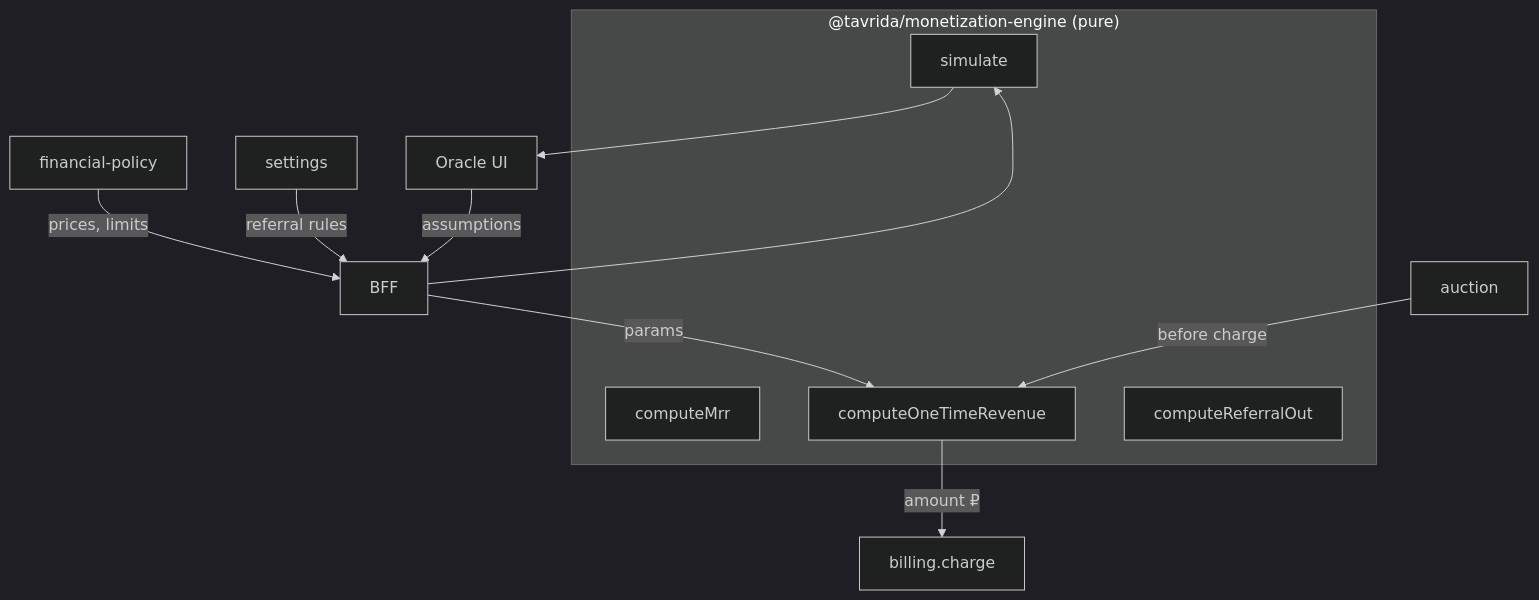
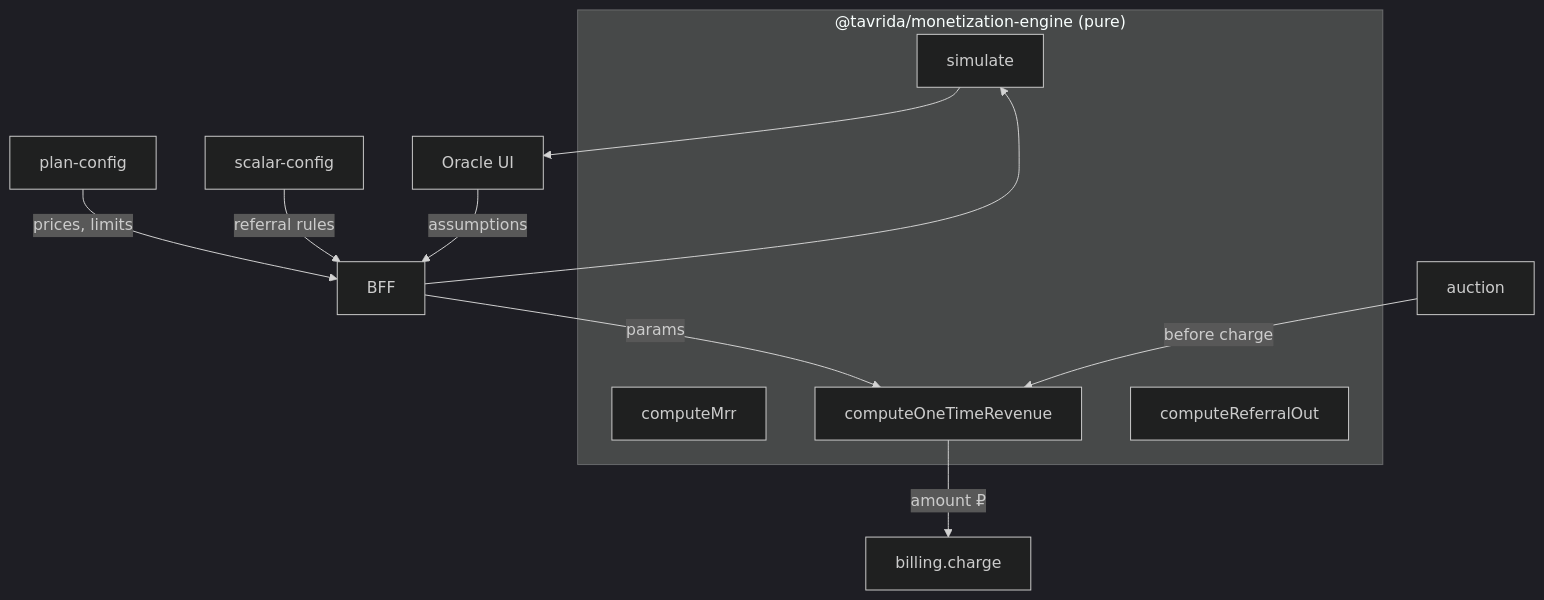
The diagram in docs/03-architecture/adr/015-monetization-engine.md (andrewb76/tavrida), drawn with Mermaid (dark theme) before and after one commit. The commit also changed other lines of this file and 86 other files, not shown here.

First line of the commit message:
docs(config): align on plan-config/scalar-config and semantic plan keys.

````diff
--- a/docs/03-architecture/adr/015-monetization-engine.md
+++ b/docs/03-architecture/adr/015-monetization-engine.md
@@ -41,18 +41,18 @@
 ```mermaid
 flowchart TB
   subgraph engine["@tavrida/monetization-engine (pure)"]
     F1[computeMrr]
     F2[computeOneTimeRevenue]
     F3[computeReferralOut]
     F4[simulate]
   end
 
-  FP[financial-policy] -->|prices, limits| BFF
-  Settings[settings] -->|referral rules| BFF
+  PC[plan-config] -->|prices, limits| BFF
+  SC[scalar-config] -->|referral rules| BFF
   BFF -->|params| F2
   Auction[auction] -->|before charge| F2
   OracleUI[Oracle UI] -->|assumptions| BFF
   BFF --> F4
   F4 --> OracleUI
   F2 -->|amount ₽| Billing[billing.charge]
 ```
````
